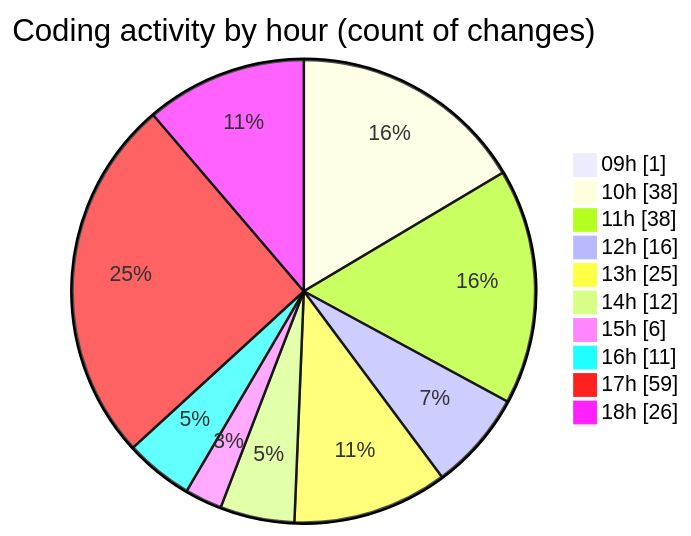
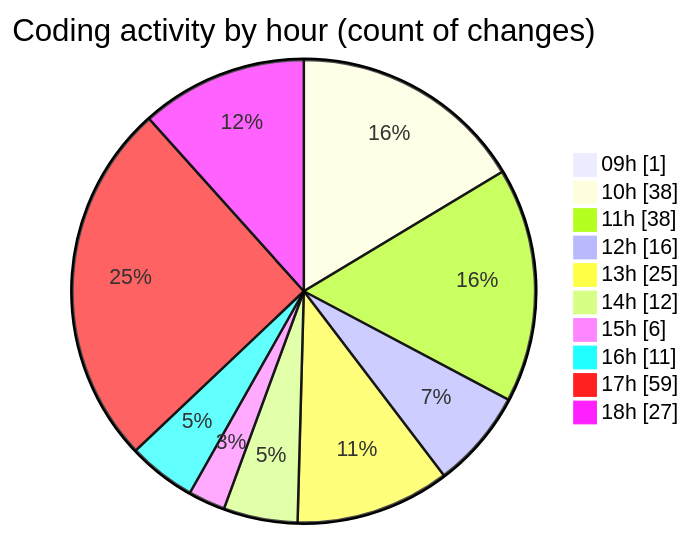
The second of 2 diagrams in 2026-01-07/cda/README.md (momahboobian/code-tracking), drawn with Mermaid before and after one commit. The commit also changed other lines of this file and 1 other file, not shown here.

````diff
--- a/2026-01-07/cda/README.md
+++ b/2026-01-07/cda/README.md
@@ -63,14 +63,14 @@
 ```mermaid
 pie showData
 title Coding activity by hour (count of changes)
 "09h" : 1
 "10h" : 38
 "11h" : 38
 "12h" : 16
 "13h" : 25
 "14h" : 12
 "15h" : 6
 "16h" : 11
 "17h" : 59
-"18h" : 26
+"18h" : 27
 ```
````
